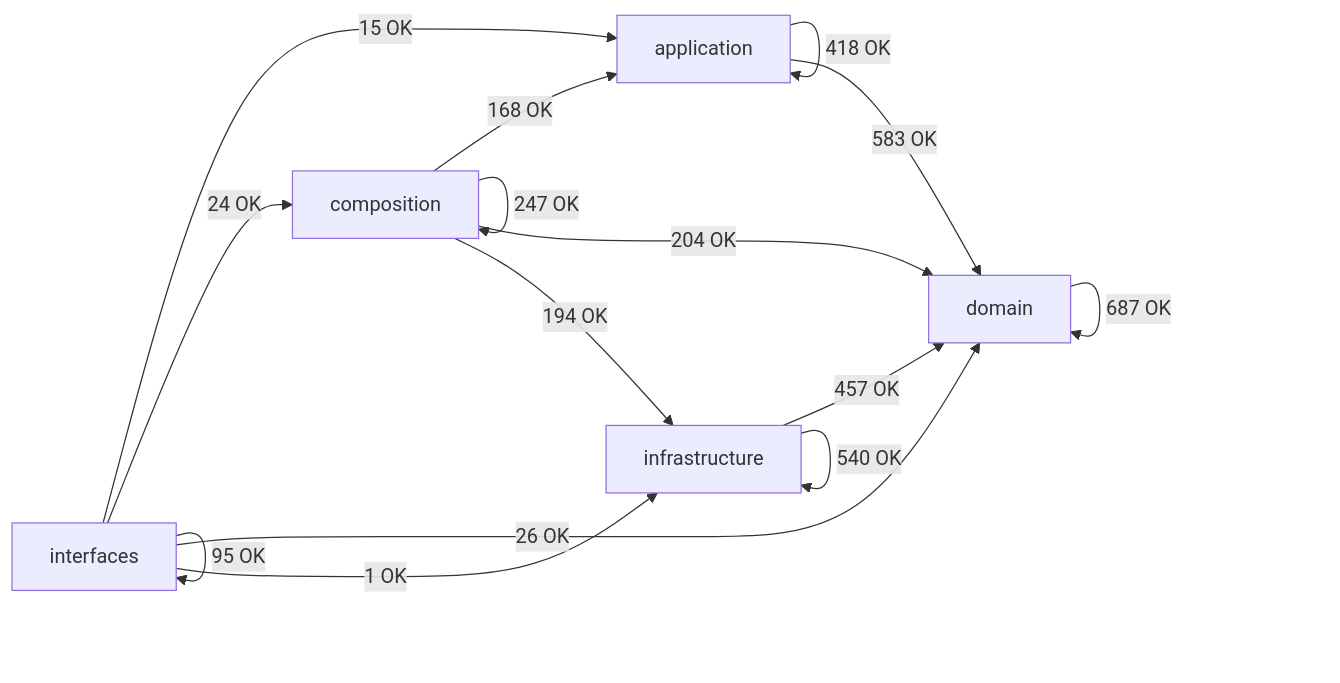
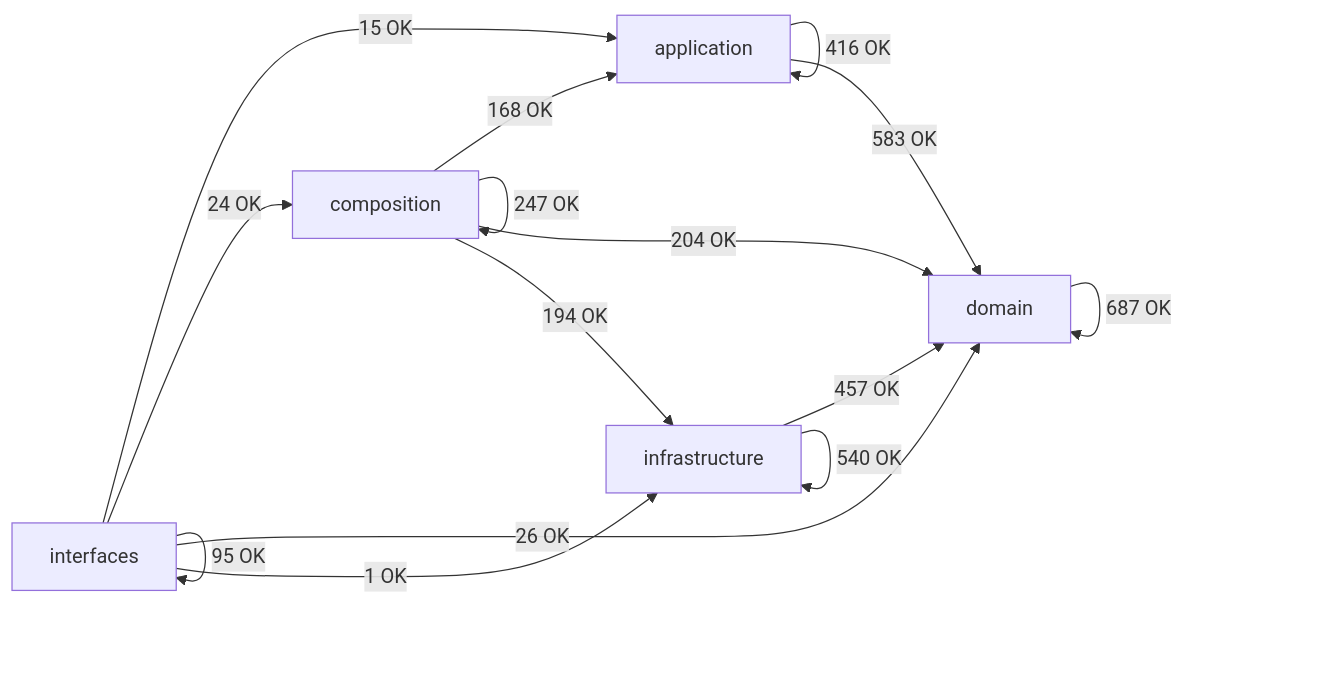
The diagram in docs/02-architecture/generated/module-dependency-map.md (SatoryKono/BioactivityDataAcquisition), drawn with Mermaid before and after one commit. The commit also changed other lines of this file and 16 other files, not shown here.

````diff
--- a/docs/02-architecture/generated/module-dependency-map.md
+++ b/docs/02-architecture/generated/module-dependency-map.md
@@ -16,22 +16,22 @@
 ```mermaid
 flowchart LR
     domain[domain]
     application[application]
     infrastructure[infrastructure]
     composition[composition]
     interfaces[interfaces]
-    application -->|418 OK| application
+    application -->|416 OK| application
     application -->|583 OK| domain
     composition -->|168 OK| application
     composition -->|247 OK| composition
     composition -->|204 OK| domain
     composition -->|194 OK| infrastructure
     domain -->|687 OK| domain
     infrastructure -->|457 OK| domain
     infrastructure -->|540 OK| infrastructure
     interfaces -->|15 OK| application
     interfaces -->|24 OK| composition
     interfaces -->|26 OK| domain
     interfaces -->|1 OK| infrastructure
     interfaces -->|95 OK| interfaces
 ```
````
